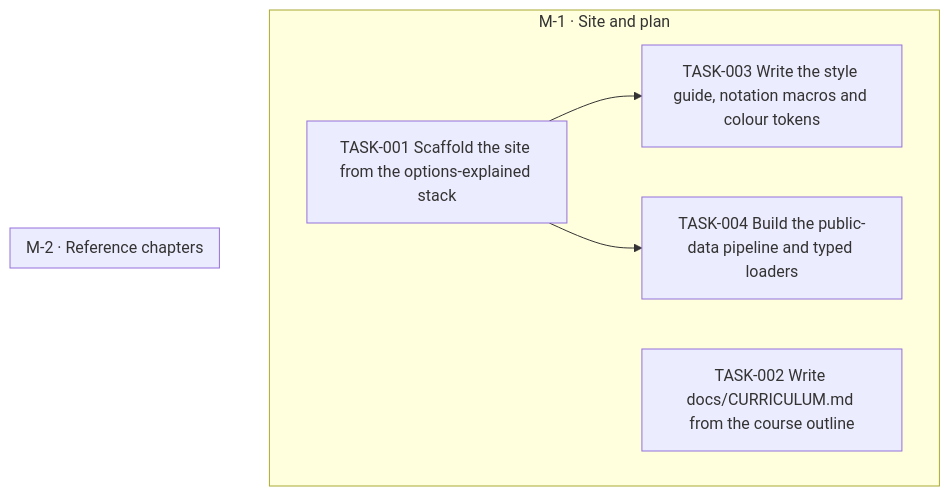
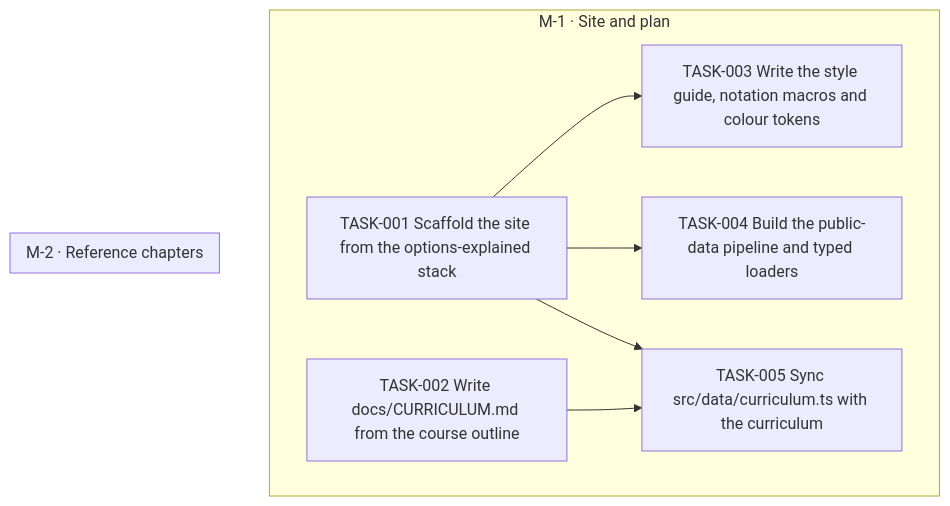
Before and after one commit to all-explained/empirical-finance-lbs: the diagram in goals/course-site/README.md, drawn with Mermaid. The commit also changed 1 other file, not shown here.

Commit message:
goal(course-site): add TASK-005 Sync src/data/curriculum.ts with the curriculum

````diff
--- a/goals/course-site/README.md
+++ b/goals/course-site/README.md
@@ -19,16 +19,19 @@
 ```mermaid
 flowchart TD
   subgraph M_1["M-1 · Site and plan"]
     TASK_001["TASK-001 Scaffold the site from the options-explained stack"]
     TASK_002["TASK-002 Write docs/CURRICULUM.md from the course outline"]
     TASK_003["TASK-003 Write the style guide, notation macros and colour tokens"]
     TASK_004["TASK-004 Build the public-data pipeline and typed loaders"]
+    TASK_005["TASK-005 Sync src/data/curriculum.ts with the curriculum"]
   end
   subgraph M_2["M-2 · Reference chapters"]
   end
   TASK_001 --> TASK_003
   TASK_001 --> TASK_004
+  TASK_001 --> TASK_005
+  TASK_002 --> TASK_005
   classDef draft stroke-dasharray: 4 3
   classDef cancelled opacity:0.45
   classDef decision fill:#f3e8ff,stroke:#7c3aed
 ```
````
